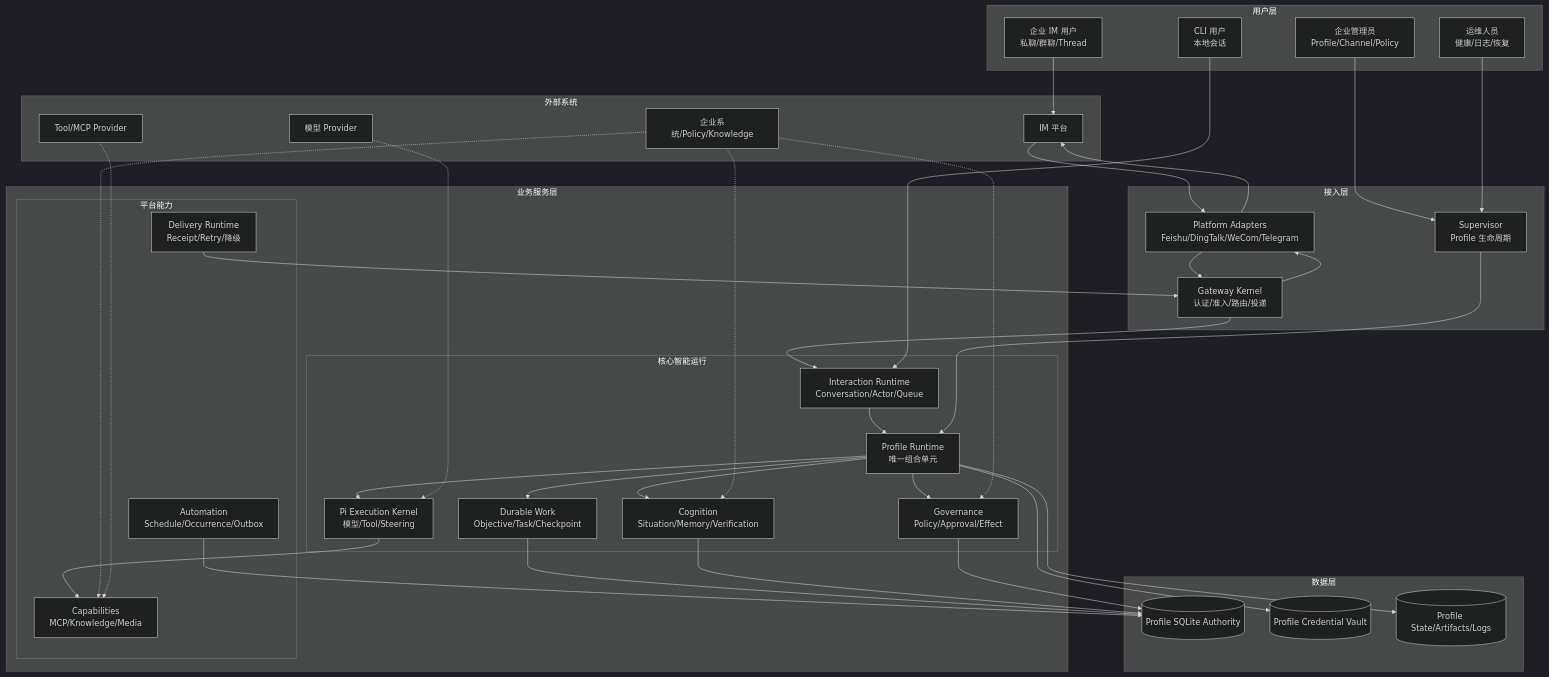
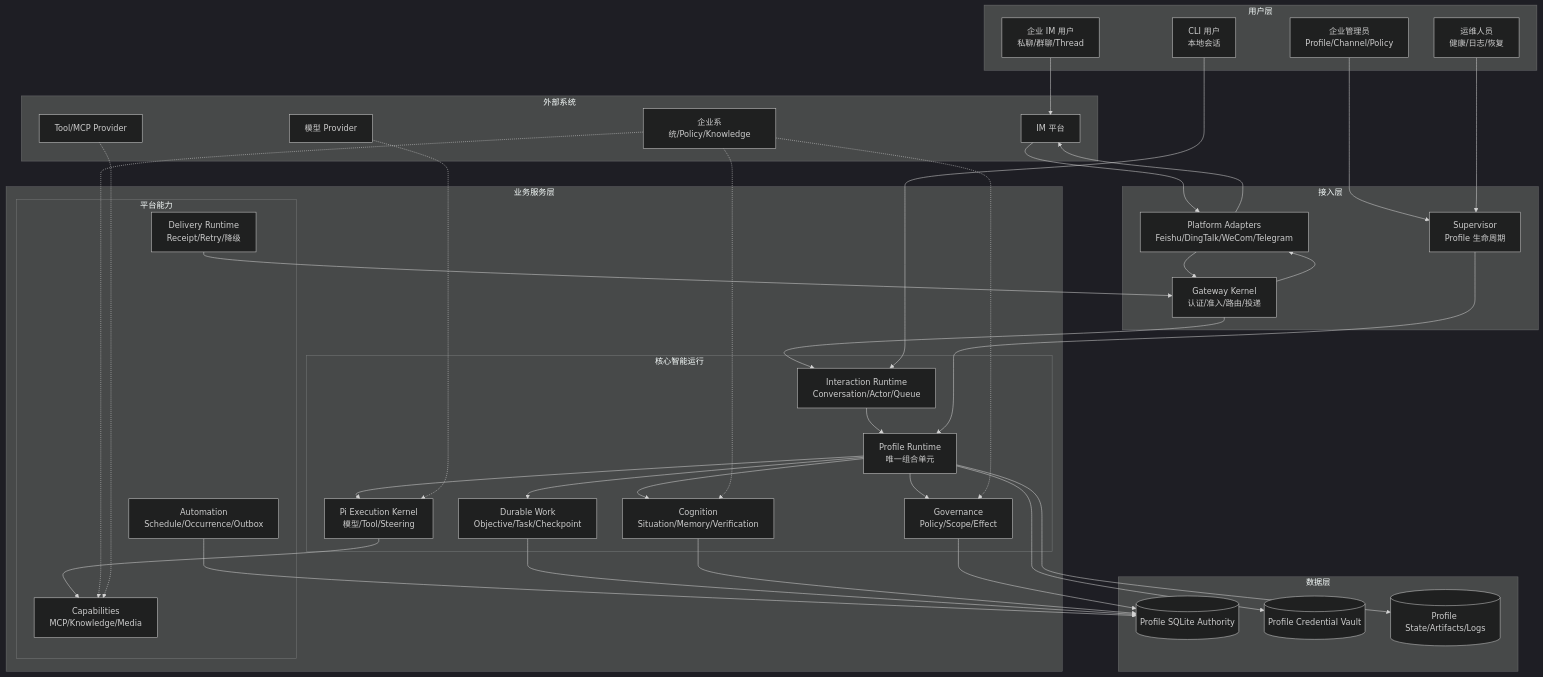
The first of 7 diagrams in docs/prd/beemax-multichannel-group-profile-runtime.md (Zanetach/beemax), drawn with Mermaid (dark theme) before and after one commit. The commit also changed other lines of this file and 95 other files, not shown here.

Commit message:
feat(governance): remove tool approval workflow

````diff
--- a/docs/prd/beemax-multichannel-group-profile-runtime.md
+++ b/docs/prd/beemax-multichannel-group-profile-runtime.md
@@ -368,58 +368,58 @@
 ```mermaid
 graph TB
     subgraph 用户层
         IM[企业 IM 用户<br/>私聊/群聊/Thread]
         CLI[CLI 用户<br/>本地会话]
         ADMIN[企业管理员<br/>Profile/Channel/Policy]
         OPS[运维人员<br/>健康/日志/恢复]
     end
 
     subgraph 接入层
         ADAPTER[Platform Adapters<br/>Feishu/DingTalk/WeCom/Telegram]
         GATEWAY[Gateway Kernel<br/>认证/准入/路由/投递]
         SUP[Supervisor<br/>Profile 生命周期]
     end
 
     subgraph 业务服务层
         subgraph 核心智能运行
             INTERACTION[Interaction Runtime<br/>Conversation/Actor/Queue]
             PROFILE[Profile Runtime<br/>唯一组合单元]
             PI[Pi Execution Kernel<br/>模型/Tool/Steering]
             WORK[Durable Work<br/>Objective/Task/Checkpoint]
-            GOV[Governance<br/>Policy/Approval/Effect]
+			GOV[Governance<br/>Policy/Scope/Effect]
             COG[Cognition<br/>Situation/Memory/Verification]
         end
         subgraph 平台能力
             AUTOMATION[Automation<br/>Schedule/Occurrence/Outbox]
             CAP[Capabilities<br/>MCP/Knowledge/Media]
             DELIVERY[Delivery Runtime<br/>Receipt/Retry/降级]
         end
     end
 
     subgraph 数据层
         DB[(Profile SQLite Authority)]
         VAULT[(Profile Credential Vault)]
         FILES[(Profile State/Artifacts/Logs)]
     end
 
     subgraph 外部系统
         PLAT[IM 平台]
         MODEL[模型 Provider]
         ENT[企业系统/Policy/Knowledge]
         TOOL[Tool/MCP Provider]
     end
 
     IM --> PLAT --> ADAPTER --> GATEWAY --> INTERACTION --> PROFILE
     CLI --> INTERACTION
     ADMIN --> SUP
     OPS --> SUP
     SUP --> PROFILE
     PROFILE --> PI & WORK & GOV & COG
     PI --> CAP
     WORK & COG & GOV & AUTOMATION --> DB
     PROFILE --> VAULT & FILES
     DELIVERY --> GATEWAY --> ADAPTER --> PLAT
     MODEL -.-> PI
     ENT -.-> COG & GOV & CAP
     TOOL -.-> CAP
 ```
````
